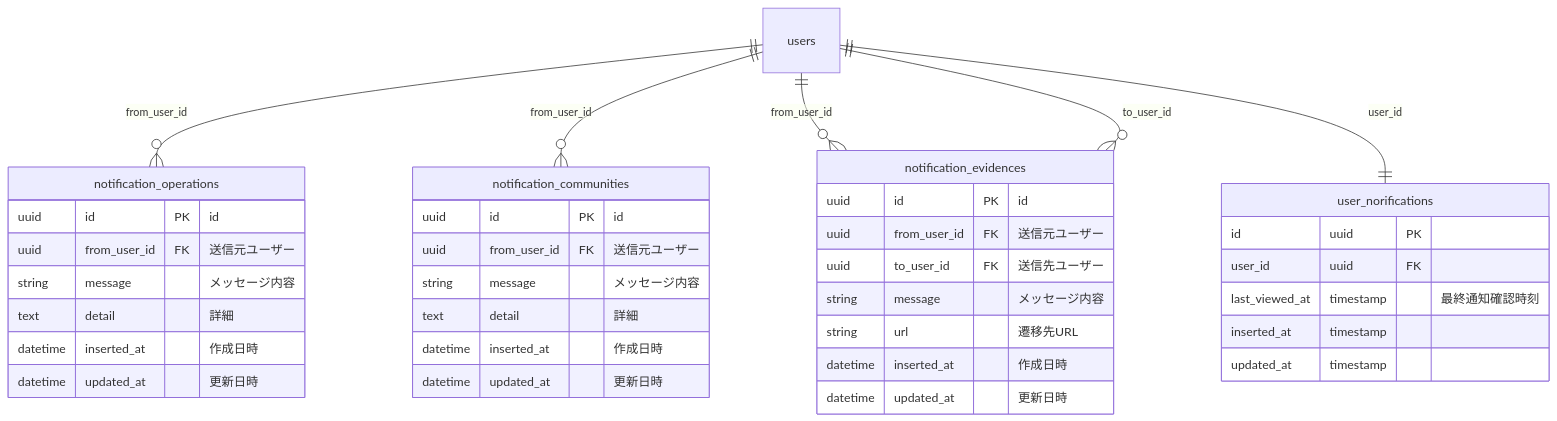
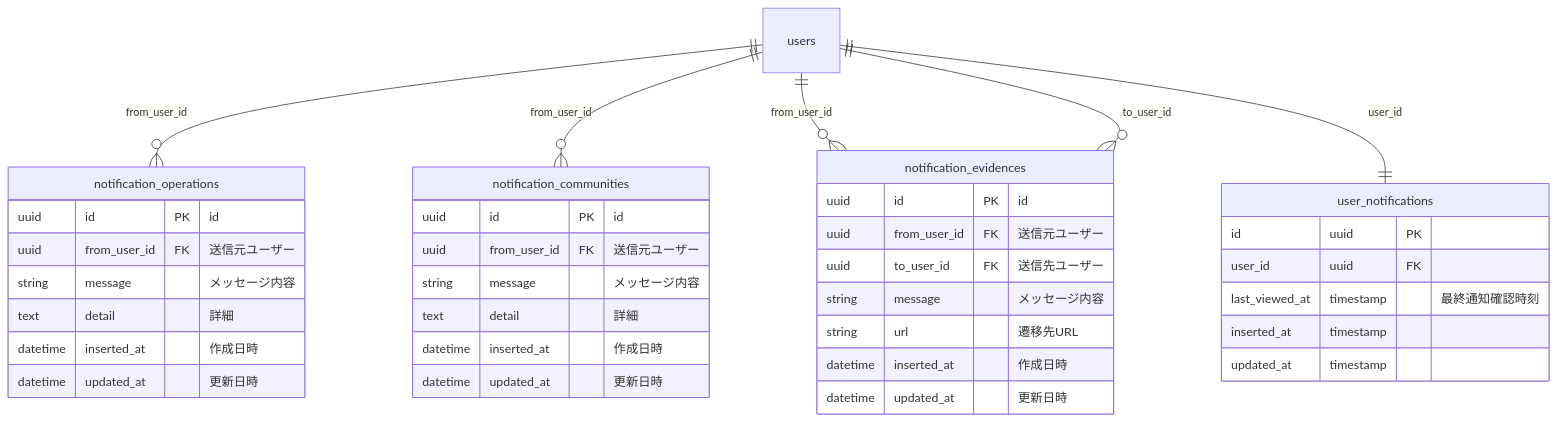
One commit to bright-org/bright changed the seventh of 7 diagrams in docs/conceptual_schemas/notifications.md. Above: the diagram before and after it, drawn with Mermaid. The commit also changed other lines of this file, not shown here.

````diff
--- a/docs/conceptual_schemas/notifications.md
+++ b/docs/conceptual_schemas/notifications.md
@@ -150,47 +150,47 @@
 ```mermaid
 erDiagram
   "users" ||--o{ "notification_operations" : "from_user_id"
 
   notification_operations {
     uuid id PK "id"
     uuid from_user_id	FK "送信元ユーザー"
     string message	"メッセージ内容"
     text detail	"詳細"
     datetime inserted_at "作成日時"
     datetime updated_at "更新日時"
   }
 
   "users" ||--o{ "notification_communities" : "from_user_id"
 
   notification_communities {
     uuid id PK "id"
     uuid from_user_id	FK "送信元ユーザー"
     string message	"メッセージ内容"
     text detail	"詳細"
     datetime inserted_at "作成日時"
     datetime updated_at "更新日時"
   }
 
   "users" ||--o{ "notification_evidences" : "from_user_id"
   "users" ||--o{ "notification_evidences" : "to_user_id"
 
   notification_evidences {
     uuid id PK "id"
     uuid from_user_id	FK "送信元ユーザー"
     uuid to_user_id	FK "送信先ユーザー"
     string message	"メッセージ内容"
     string url	"遷移先URL"
     datetime inserted_at "作成日時"
     datetime updated_at "更新日時"
   }
 
-  "users" ||--|| "user_norifications" : "user_id"
+  "users" ||--|| "user_notifications" : "user_id"
 
-  user_norifications {
+  user_notifications {
     id uuid PK
     user_id uuid FK
     last_viewed_at timestamp "最終通知確認時刻"
     inserted_at timestamp
     updated_at timestamp
   }
 ```
````
